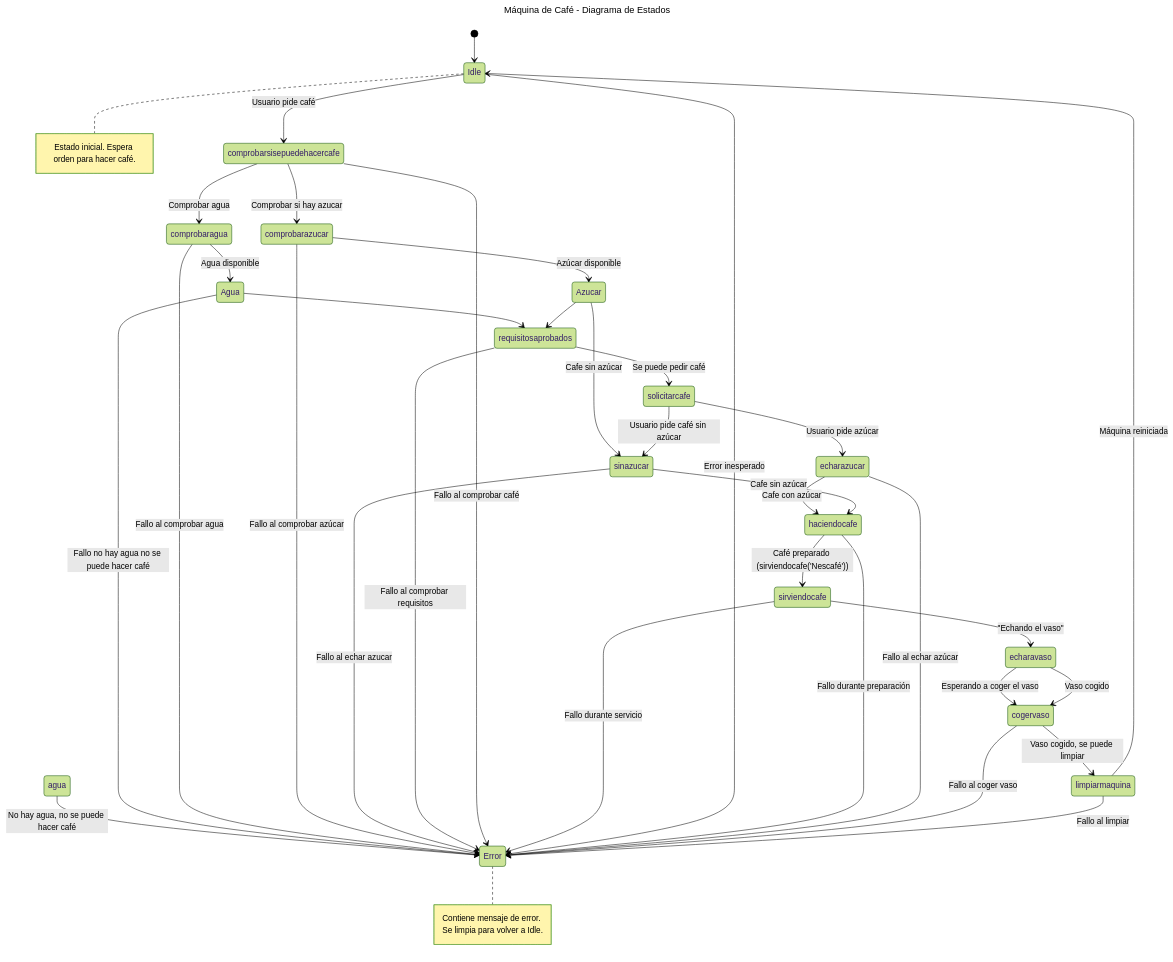
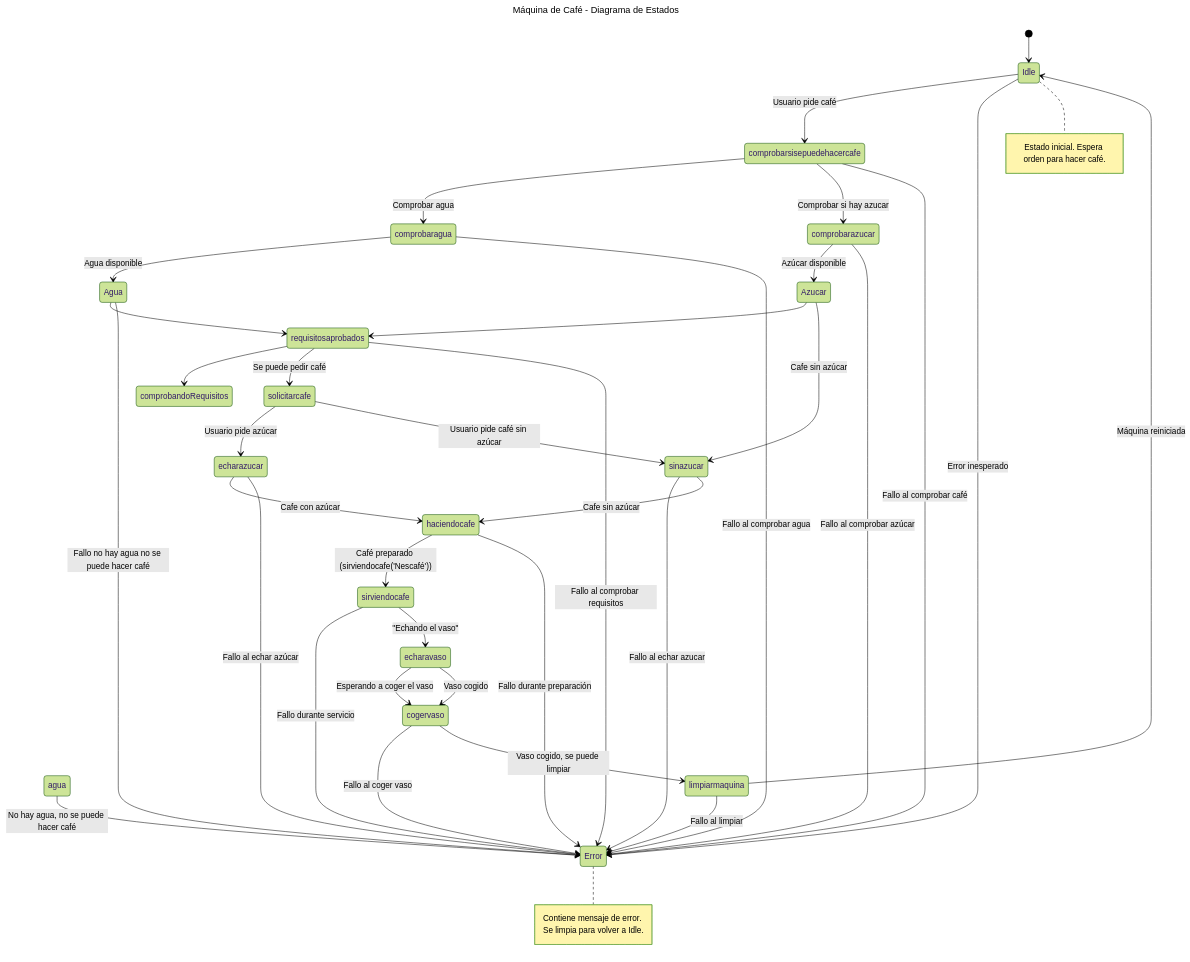
The diagram in 1trabajo/src/diagrama.mmd (shermidagre/PMDM), drawn with Mermaid (forest theme) before and after one commit.

Commit message:
random para probar

```diff
--- a/1trabajo/src/diagrama.mmd
+++ b/1trabajo/src/diagrama.mmd
@@ -1,45 +1,47 @@
 ---
 title: Máquina de Café - Diagrama de Estados
 ---
 stateDiagram-v2
 [*] --> Idle
 Idle --> comprobarsisepuedehacercafe: Usuario pide café
 
 comprobarsisepuedehacercafe --> comprobaragua: Comprobar agua
 agua --> Error : No hay agua, no se puede hacer café
 comprobaragua --> Agua: Agua disponible
 Agua --> requisitosaprobados
 Agua --> Error : Fallo no hay agua no se puede hacer café
 comprobaragua --> Error: Fallo al comprobar agua
 
 comprobarsisepuedehacercafe --> comprobarazucar : Comprobar si hay azucar
 comprobarazucar --> Azucar: Azúcar disponible
 comprobarazucar --> Error : Fallo al comprobar azúcar
 Azucar --> requisitosaprobados
+
+requisitosaprobados --> comprobandoRequisitos
 
 Azucar --> sinazucar: Cafe sin azúcar
 sinazucar --> Error : Fallo al echar azucar
 
 requisitosaprobados --> solicitarcafe: Se puede pedir café
 requisitosaprobados --> Error: Fallo al comprobar requisitos
 
 comprobarsisepuedehacercafe --> Error: Fallo al comprobar café
 solicitarcafe --> echarazucar: Usuario pide azúcar
 solicitarcafe --> sinazucar: Usuario pide café sin azúcar
 echarazucar --> haciendocafe: Cafe con azúcar
 sinazucar --> haciendocafe: Cafe sin azúcar
 
 haciendocafe --> sirviendocafe: Café preparado (sirviendocafe('Nescafé'))
 sirviendocafe --> Error: Fallo durante servicio
 Idle --> Error: Error inesperado
 haciendocafe --> Error: Fallo durante preparación
 echarazucar --> Error: Fallo al echar azúcar
 sirviendocafe --> echaravaso: "Echando el vaso"
 echaravaso --> cogervaso: Esperando a coger el vaso
 cogervaso --> Error: Fallo al coger vaso
 echaravaso --> cogervaso: Vaso cogido
 cogervaso --> limpiarmaquina:  Vaso cogido, se puede limpiar
 limpiarmaquina --> Idle: Máquina reiniciada
 limpiarmaquina --> Error: Fallo al limpiar
 note right of Idle: Estado inicial. Espera orden para hacer café.
 note right of Error: Contiene mensaje de error. Se limpia para volver a Idle.
```
